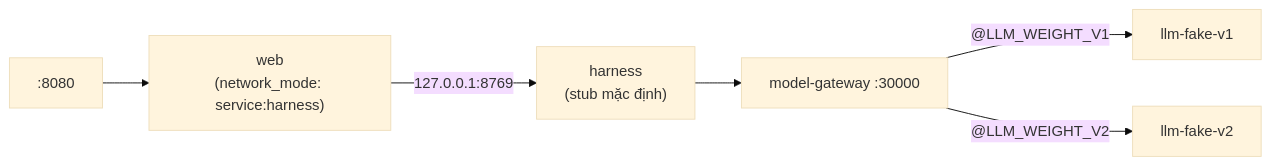
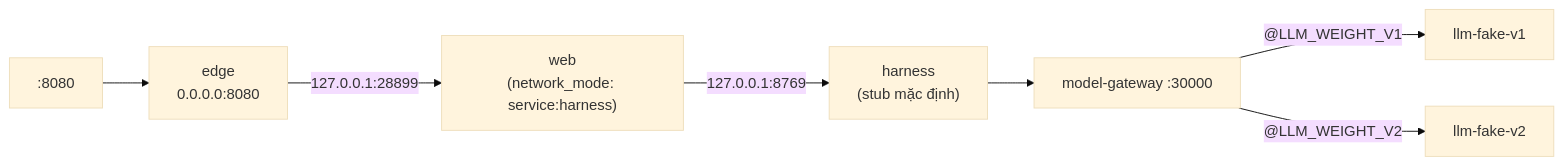
The second of 2 diagrams in docs/nt548/02-bluegreen-lb.md (LuanLuKim/tripguardian-nt548), drawn with Mermaid (base theme) before and after one commit. The commit also changed other lines of this file and 5 other files, not shown here.

Commit message:
fix(nt548): edge proxy publishes the loopback-only web on 0.0.0.0:8080

````diff
--- a/docs/nt548/02-bluegreen-lb.md
+++ b/docs/nt548/02-bluegreen-lb.md
@@ -71,8 +71,8 @@
 ```mermaid
 flowchart LR
-  ALB[":8080"] --> W["web<br/>(network_mode: service:harness)"]
+  ALB[":8080"] --> E["edge<br/>0.0.0.0:8080"] -->|127.0.0.1:28899| W["web<br/>(network_mode: service:harness)"]
   W -->|127.0.0.1:8769| H["harness<br/>(stub mặc định)"]
   H --> G["model-gateway :30000"]
   G -->|"@LLM_WEIGHT_V1"| F1["llm-fake-v1"]
   G -->|"@LLM_WEIGHT_V2"| F2["llm-fake-v2"]
 ```
````
